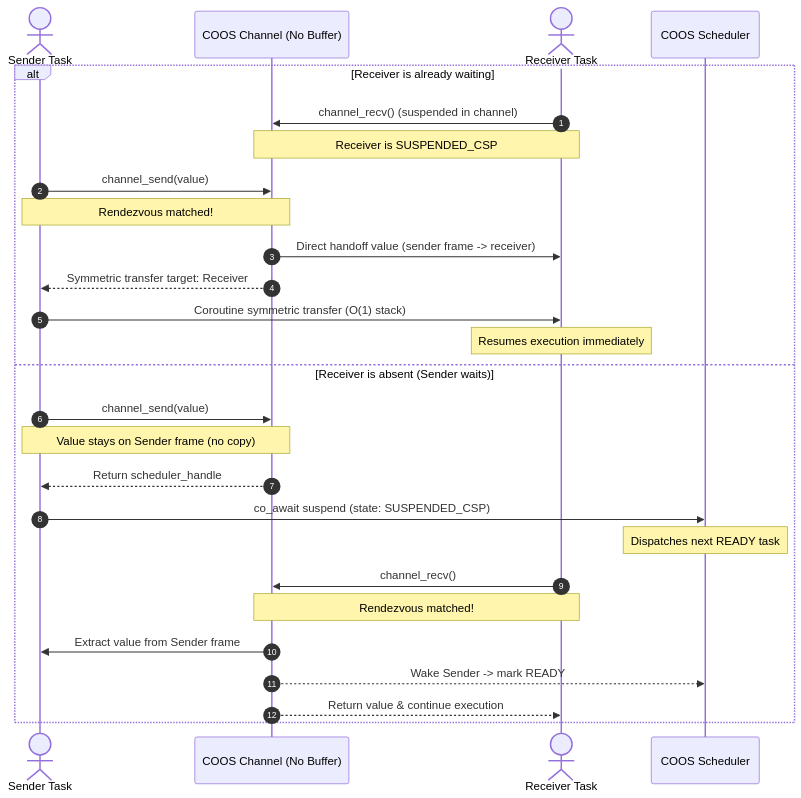
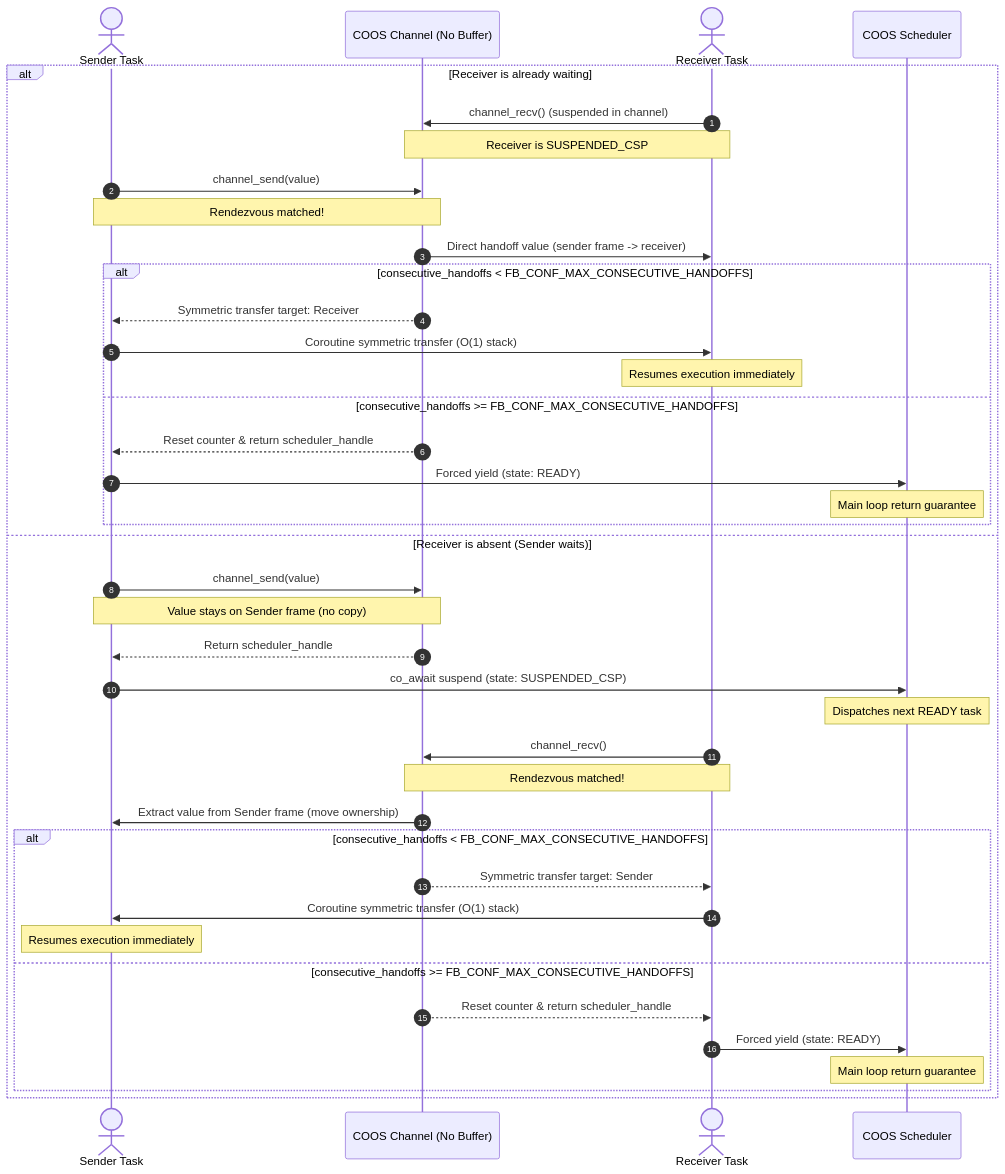
Before and after one commit to kmt-t/fireball: the second of 5 diagrams in docs/components/tier1_core/os_coos.md, drawn with Mermaid. The commit also changed other lines of this file and 4 other files, not shown here.

Commit message:
fix(docs): harmonize diagrams, formal model, and tests for runtime_vmmio and os_coos

````diff
--- a/docs/components/tier1_core/os_coos.md
+++ b/docs/components/tier1_core/os_coos.md
@@ -79,30 +80,43 @@
 ```mermaid
 sequenceDiagram
     autonumber
     actor Sender as Sender Task
     participant Ch as COOS Channel (No Buffer)
     actor Receiver as Receiver Task
     participant Sched as COOS Scheduler
 
     alt Receiver is already waiting
         Receiver->>Ch: channel_recv() (suspended in channel)
         Note over Receiver,Ch: Receiver is SUSPENDED_CSP
         Sender->>Ch: channel_send(value)
         Note over Sender,Ch: Rendezvous matched!
         Ch->>Receiver: Direct handoff value (sender frame -> receiver)
-        Ch-->>Sender: Symmetric transfer target: Receiver
-        Sender->>Receiver: Coroutine symmetric transfer (O(1) stack)
-        Note over Receiver: Resumes execution immediately
+        alt consecutive_handoffs < FB_CONF_MAX_CONSECUTIVE_HANDOFFS
+            Ch-->>Sender: Symmetric transfer target: Receiver
+            Sender->>Receiver: Coroutine symmetric transfer (O(1) stack)
+            Note over Receiver: Resumes execution immediately
+        else consecutive_handoffs >= FB_CONF_MAX_CONSECUTIVE_HANDOFFS
+            Ch-->>Sender: Reset counter & return scheduler_handle
+            Sender->>Sched: Forced yield (state: READY)
+            Note over Sched: Main loop return guarantee
+        end
     else Receiver is absent (Sender waits)
         Sender->>Ch: channel_send(value)
         Note over Sender,Ch: Value stays on Sender frame (no copy)
         Ch-->>Sender: Return scheduler_handle
         Sender->>Sched: co_await suspend (state: SUSPENDED_CSP)
         Note over Sched: Dispatches next READY task
         Receiver->>Ch: channel_recv()
         Note over Receiver,Ch: Rendezvous matched!
-        Ch->>Sender: Extract value from Sender frame
-        Ch-->>Sched: Wake Sender -> mark READY
-        Ch-->>Receiver: Return value & continue execution
+        Ch->>Sender: Extract value from Sender frame (move ownership)
+        alt consecutive_handoffs < FB_CONF_MAX_CONSECUTIVE_HANDOFFS
+            Ch-->>Receiver: Symmetric transfer target: Sender
+            Receiver->>Sender: Coroutine symmetric transfer (O(1) stack)
+            Note over Sender: Resumes execution immediately
+        else consecutive_handoffs >= FB_CONF_MAX_CONSECUTIVE_HANDOFFS
+            Ch-->>Receiver: Reset counter & return scheduler_handle
+            Receiver->>Sched: Forced yield (state: READY)
+            Note over Sched: Main loop return guarantee
+        end
     end
 ```
````
